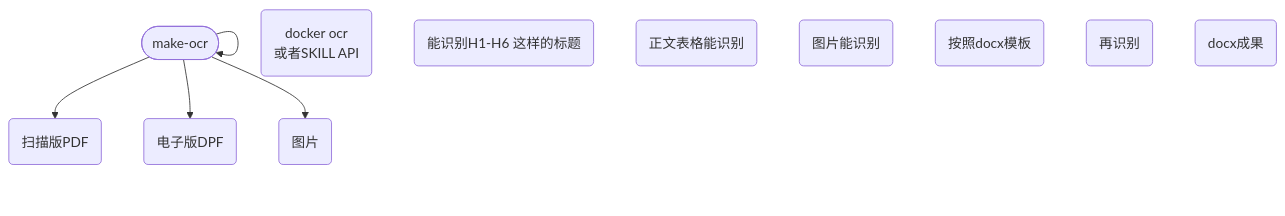
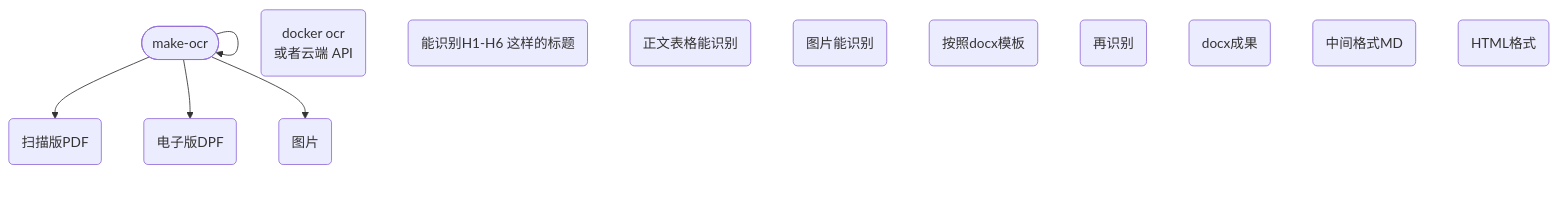
One commit to fireflysss/mermaid-notes changed the diagram in notes/未命名_da3b1e9d-46b8-4fe8-a207-538027b2306b.md. Above: the diagram before and after it, drawn with Mermaid. The commit also changed 3 other files, not shown here.

Commit message:
Sync Mermaid Studio data (12 diagrams)

````diff
--- a/notes/未命名_da3b1e9d-46b8-4fe8-a207-538027b2306b.md
+++ b/notes/未命名_da3b1e9d-46b8-4fe8-a207-538027b2306b.md
@@ -3,19 +3,21 @@
 ```mermaid
 flowchart TD
   n_0(["make-ocr"])
   n_1("扫描版PDF")
   n_2("电子版DPF")
-  n_3("docker ocr<br/>或者SKILL API")
+  n_3("docker ocr<br/>或者云端 API")
   n_4("图片")
   n_5("能识别H1-H6 这样的标题")
   n_6("正文表格能识别")
   n_7("图片能识别")
   n_8("按照docx模板")
   n_9("再识别")
   n_10("docx成果")
+  n_11("中间格式MD")
+  n_12("HTML格式")
   n_0 --> n_0
   n_0 --> n_1
   n_0 --> n_2
   n_0 --> n_4
 
 ```
````
